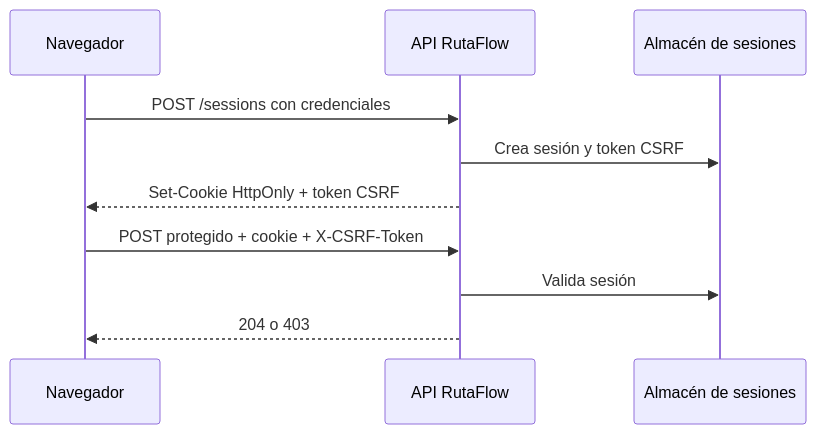
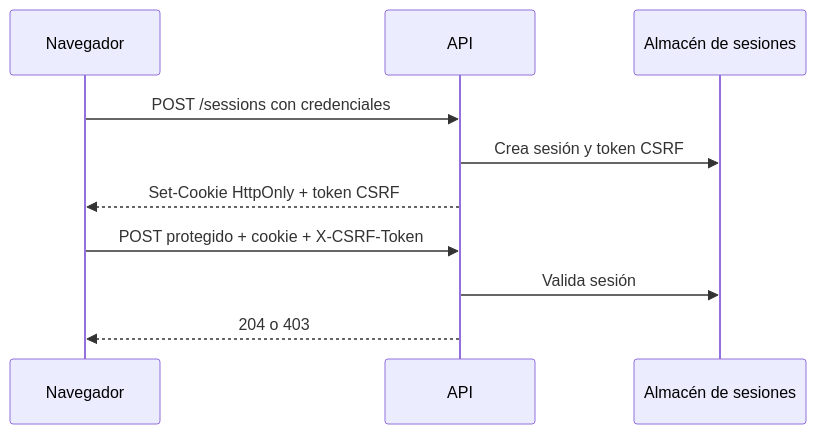
One commit to NICORUIZ93/Academia_Floci changed the diagram in web/public/content/node/modulo-6.md. Above: the diagram before and after it, drawn with Mermaid. The commit also changed other lines of this file and 15 other files, not shown here.

First line of the commit message:
Flutter/iOS/Node/React: complete RutaFlow purge

````diff
--- a/web/public/content/node/modulo-6.md
+++ b/web/public/content/node/modulo-6.md
@@ -485,12 +485,12 @@
 ```mermaid
 sequenceDiagram
   participant B as Navegador
-  participant A as API RutaFlow
+  participant A as API
   participant S as Almacén de sesiones
   B->>A: POST /sessions con credenciales
   A->>S: Crea sesión y token CSRF
   A-->>B: Set-Cookie HttpOnly + token CSRF
   B->>A: POST protegido + cookie + X-CSRF-Token
   A->>S: Valida sesión
   A-->>B: 204 o 403
 ```
````
